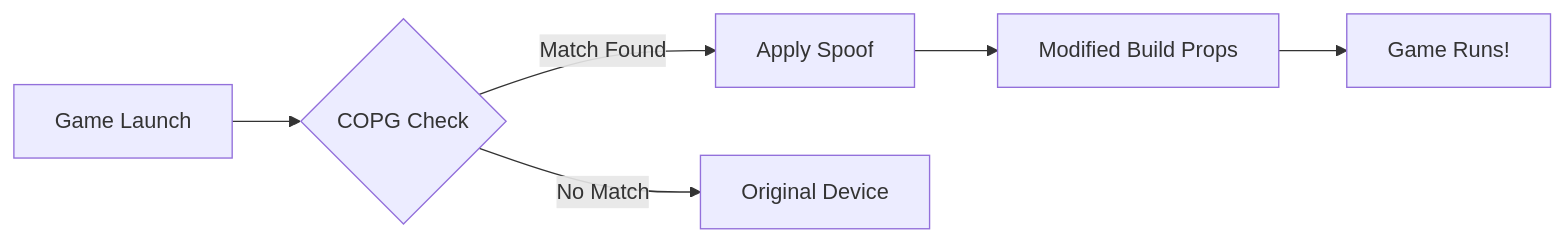
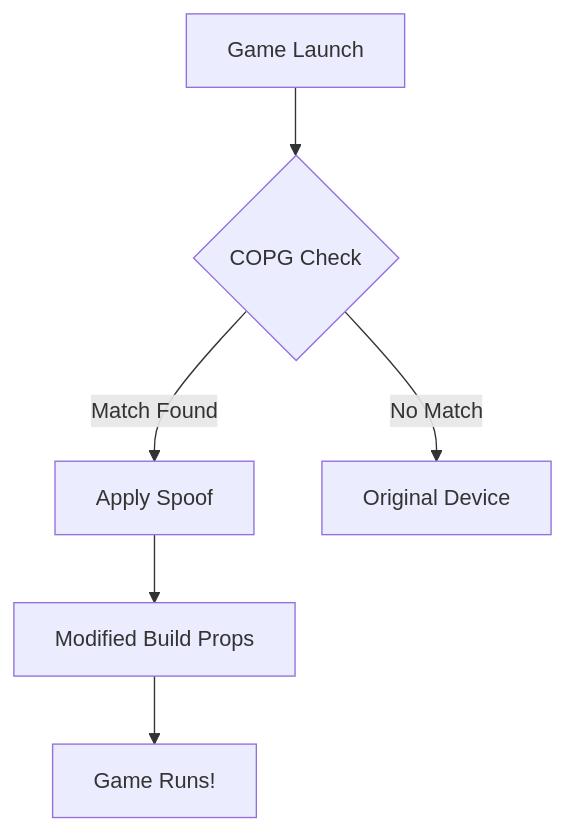
The diagram in README.md (Magisk-Modules-Alt-Repo/COPG), drawn with Mermaid before and after one commit.

Commit message:
Update module architecture diagram direction

````diff
--- a/README.md
+++ b/README.md
@@ -61,8 +61,8 @@
 ```mermaid
-graph LR
+graph TD
     A[Game Launch] --> B{COPG Check}
     B -->|Match Found| C[Apply Spoof]
     B -->|No Match| D[Original Device]
     C --> E[Modified Build Props]
     E --> F[Game Runs!]
 ```
````
